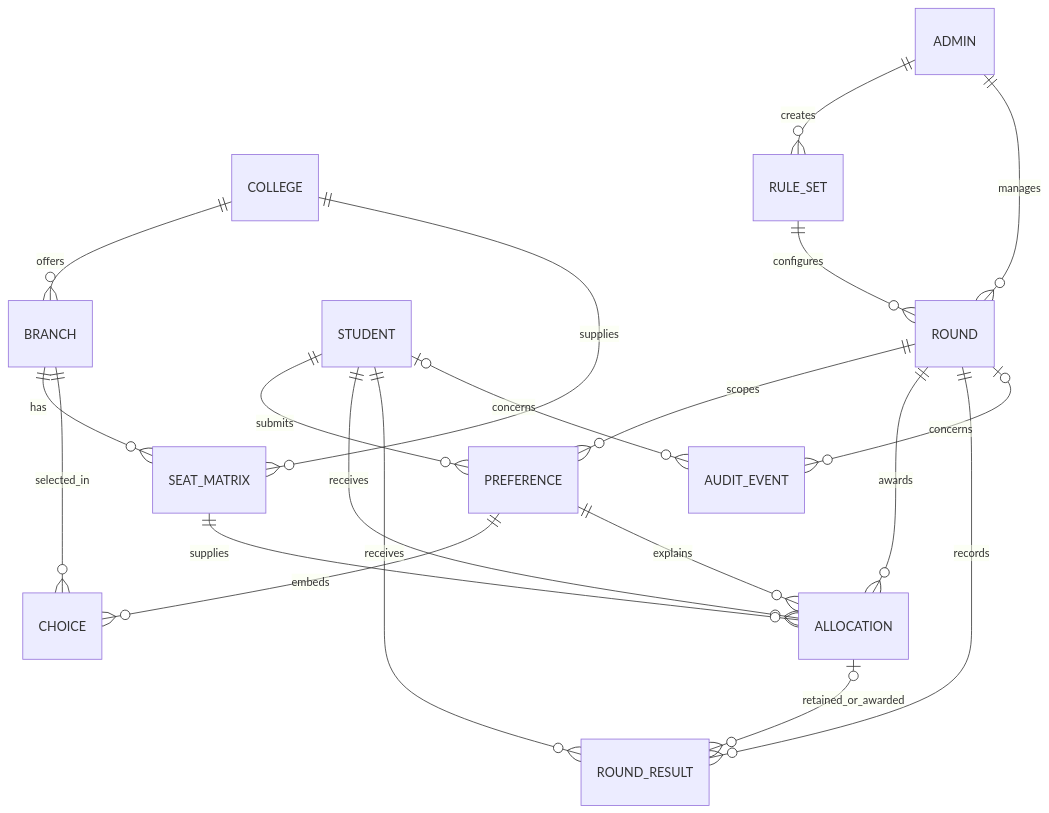
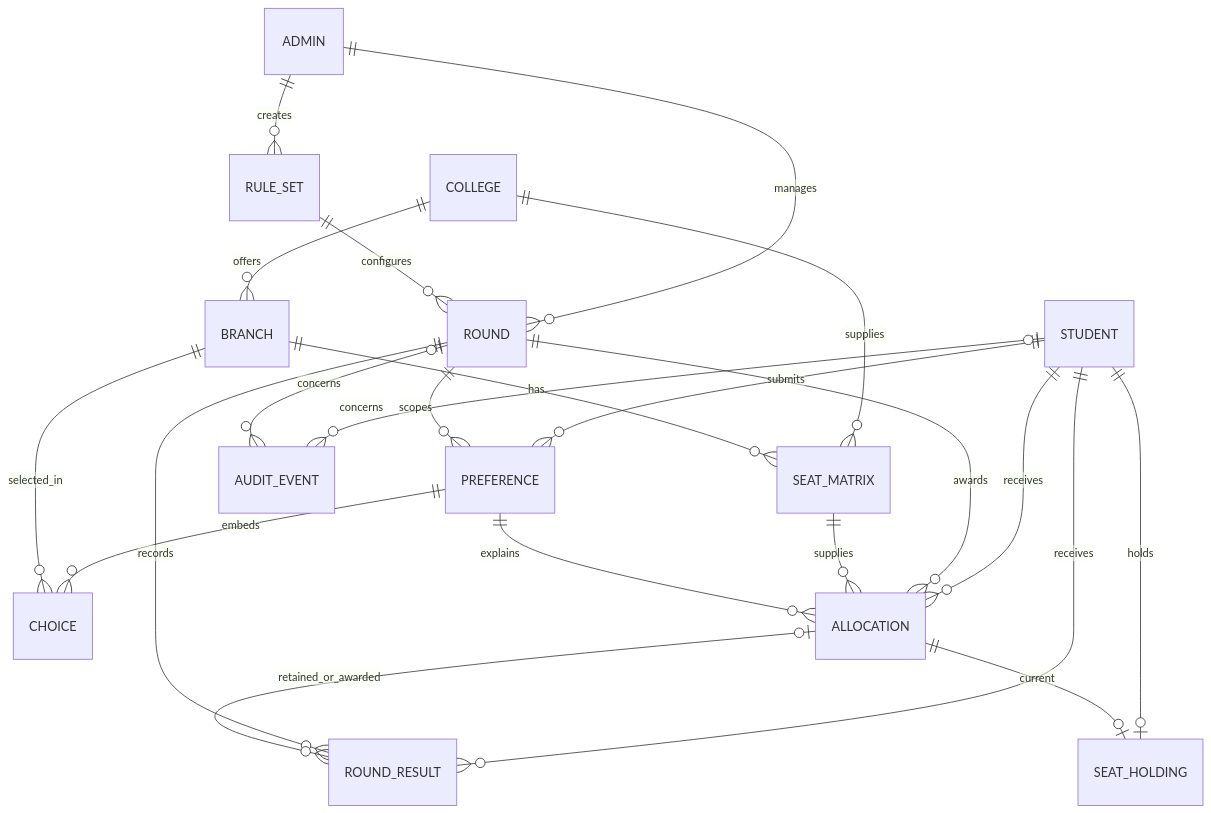
Before and after one commit to akshatXD-hash/dbms-engine: the diagram in docs/schema.md, drawn with Mermaid. The commit also changed other lines of this file and 28 other files, not shown here.

````diff
--- a/docs/schema.md
+++ b/docs/schema.md
@@ -10,22 +10,24 @@
 ```mermaid
 erDiagram
   COLLEGE ||--o{ BRANCH : offers
   COLLEGE ||--o{ SEAT_MATRIX : supplies
   BRANCH ||--o{ SEAT_MATRIX : has
   STUDENT ||--o{ PREFERENCE : submits
   ROUND ||--o{ PREFERENCE : scopes
   PREFERENCE ||--o{ CHOICE : embeds
   BRANCH ||--o{ CHOICE : selected_in
   ADMIN ||--o{ RULE_SET : creates
   ADMIN ||--o{ ROUND : manages
   RULE_SET ||--o{ ROUND : configures
   STUDENT ||--o{ ALLOCATION : receives
   ROUND ||--o{ ALLOCATION : awards
   SEAT_MATRIX ||--o{ ALLOCATION : supplies
   PREFERENCE ||--o{ ALLOCATION : explains
   STUDENT ||--o{ ROUND_RESULT : receives
   ROUND ||--o{ ROUND_RESULT : records
   ALLOCATION o|--o{ ROUND_RESULT : retained_or_awarded
   STUDENT o|--o{ AUDIT_EVENT : concerns
   ROUND o|--o{ AUDIT_EVENT : concerns
+  STUDENT ||--o| SEAT_HOLDING : holds
+  ALLOCATION ||--o| SEAT_HOLDING : current
 ```
````
